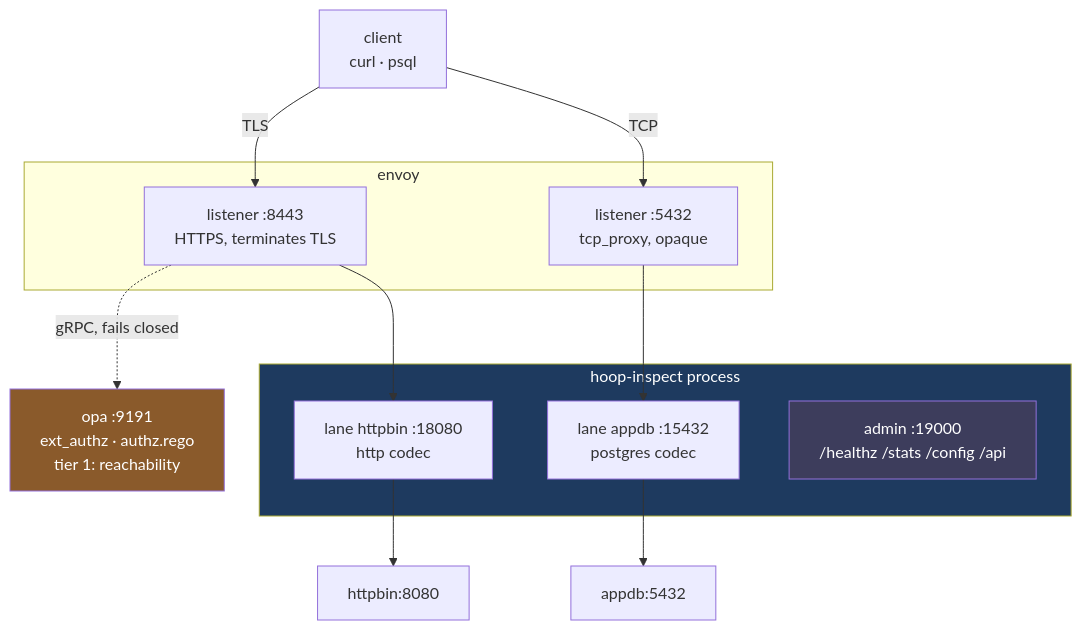
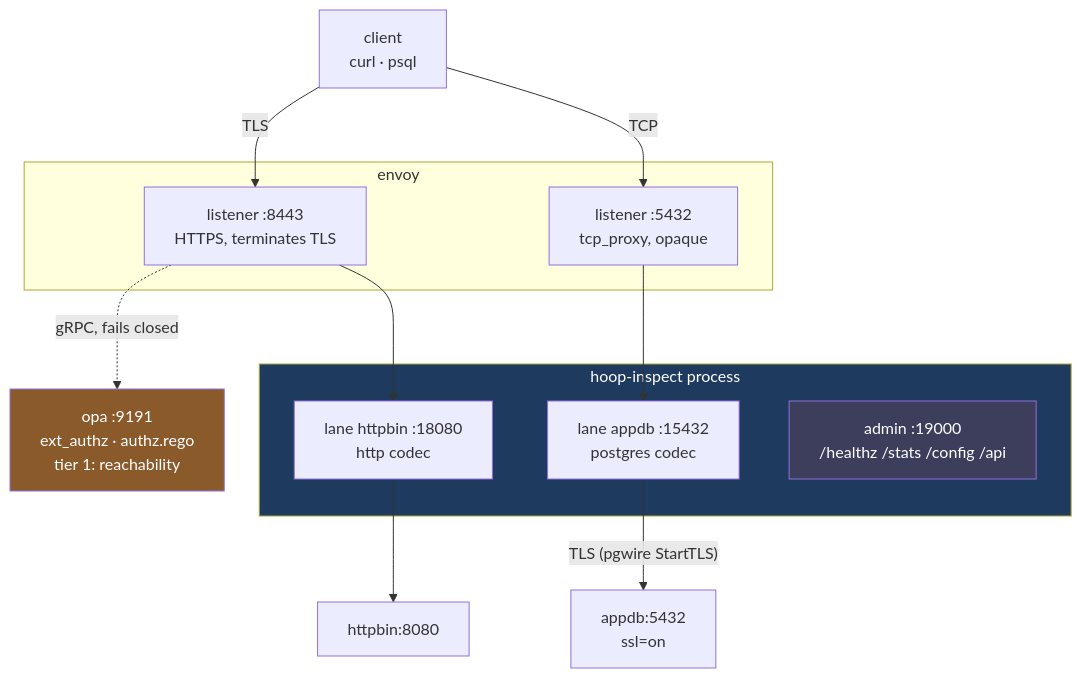
The first of 4 diagrams in docs/adr/hoopinspect-flow.md (hoophq/hoop), drawn with Mermaid before and after one commit. The commit also changed 8 other files, not shown here.

````diff
--- a/docs/adr/hoopinspect-flow.md
+++ b/docs/adr/hoopinspect-flow.md
@@ -193,30 +193,30 @@
 ```mermaid
 flowchart TB
     C["client<br/>curl · psql"]
 
     subgraph envoy["envoy"]
       L8443["listener :8443<br/>HTTPS, terminates TLS"]
       L5432["listener :5432<br/>tcp_proxy, opaque"]
     end
 
     OPA["opa :9191<br/>ext_authz · authz.rego<br/>tier 1: reachability"]
 
     subgraph si["hoop-inspect process"]
       LH["lane httpbin :18080<br/>http codec"]
       LP["lane appdb :15432<br/>postgres codec"]
       ADM["admin :19000<br/>/healthz /stats /config /api"]
     end
 
     H["httpbin:8080"]
-    D["appdb:5432"]
+    D["appdb:5432<br/>ssl=on"]
 
     C -- TLS --> L8443
     C -- TCP --> L5432
     L8443 -. "gRPC, fails closed" .-> OPA
     L8443 --> LH --> H
-    L5432 --> LP --> D
+    L5432 --> LP -- "TLS (pgwire StartTLS)" --> D
 
     style OPA fill:#8a5a2b,color:#fff
     style si fill:#1e3a5f,color:#fff
     style ADM fill:#3d3d5c,color:#fff
 ```
````
